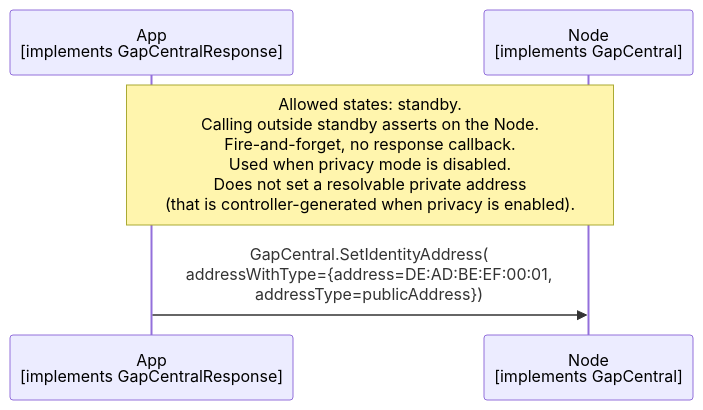
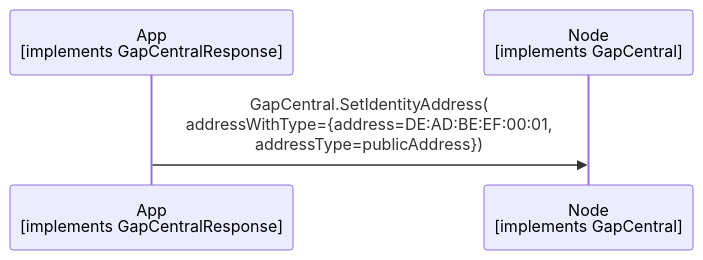
Before and after one commit to philips-software/amp-embedded-infra-lib: the diagram in documents/modules/ROOT/partials/echoservices/gap_central/GapCentral_SetIdentityAddress_sequence.mmd, drawn with Mermaid. The commit also changed 28 other files, not shown here.

```diff
--- a/documents/modules/ROOT/partials/echoservices/gap_central/GapCentral_SetIdentityAddress_sequence.mmd
+++ b/documents/modules/ROOT/partials/echoservices/gap_central/GapCentral_SetIdentityAddress_sequence.mmd
@@ -1,7 +1,5 @@
 sequenceDiagram
     participant App as App<br>[implements GapCentralResponse]
     participant Node as Node<br>[implements GapCentral]
 
-    Note over App, Node: Allowed states: standby.<br>Calling outside standby asserts on the Node.<br>Fire-and-forget, no response callback.<br>Used when privacy mode is disabled.<br>Does not set a resolvable private address<br>(that is controller-generated when privacy is enabled).
-
     App->>Node: GapCentral.SetIdentityAddress(<br>addressWithType={address=DE:AD:BE:EF:00:01,<br>addressType=publicAddress})
```
